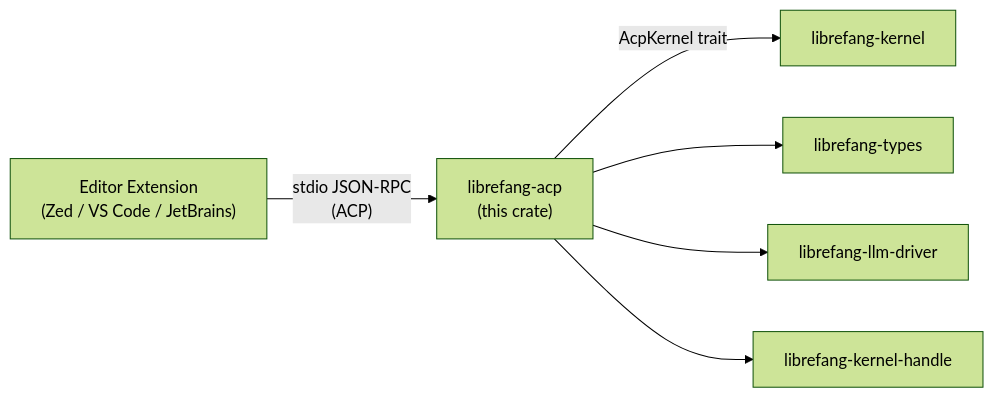
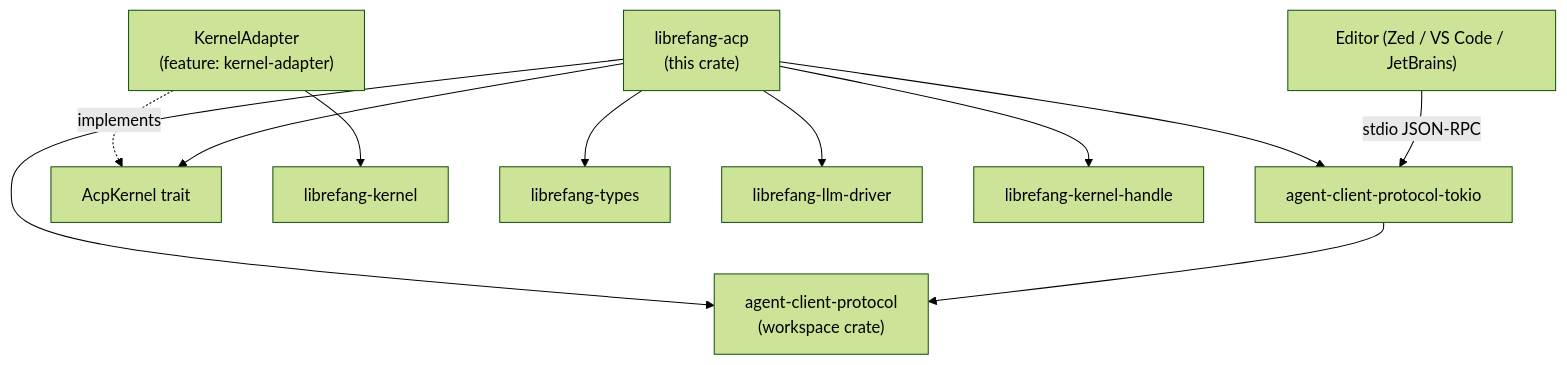
The diagram in other-librefang-acp.md (leszek3737/librefang-WIki), drawn with Mermaid (forest theme) before and after one commit. The commit also changed other lines of this file and 125 other files, not shown here.

````diff
--- a/other-librefang-acp.md
+++ b/other-librefang-acp.md
@@ -15,15 +15,24 @@
 ```mermaid
-graph LR
-    Editor["Editor Extension<br/>(Zed / VS Code / JetBrains)"]
-    ACP["librefang-acp<br/>(this crate)"]
-    Kernel["librefang-kernel"]
-    Types["librefang-types"]
-    LLM["librefang-llm-driver"]
-    Handle["librefang-kernel-handle"]
+graph TD
+    Editor["Editor (Zed / VS Code / JetBrains)"]
+    ACP["agent-client-protocol<br/>(workspace crate)"]
+    ACPTokio["agent-client-protocol-tokio"]
+    LFA["librefang-acp<br/>(this crate)"]
+    AK["AcpKernel trait"]
+    KA["KernelAdapter<br/>(feature: kernel-adapter)"]
+    LFK["librefang-kernel"]
+    LFT["librefang-types"]
+    LLD["librefang-llm-driver"]
+    LKH["librefang-kernel-handle"]
 
-    Editor -->|"stdio JSON-RPC<br/>(ACP)"| ACP
-    ACP -->|"AcpKernel trait"| Kernel
-    ACP --> Types
-    ACP --> LLM
-    ACP --> Handle
+    Editor -->|"stdio JSON-RPC"| ACPTokio
+    ACPTokio --> ACP
+    LFA --> ACP
+    LFA --> ACPTokio
+    LFA --> AK
+    KA -.->|"implements"| AK
+    KA --> LFK
+    LFA --> LFT
+    LFA --> LLD
+    LFA --> LKH
 ```
````
